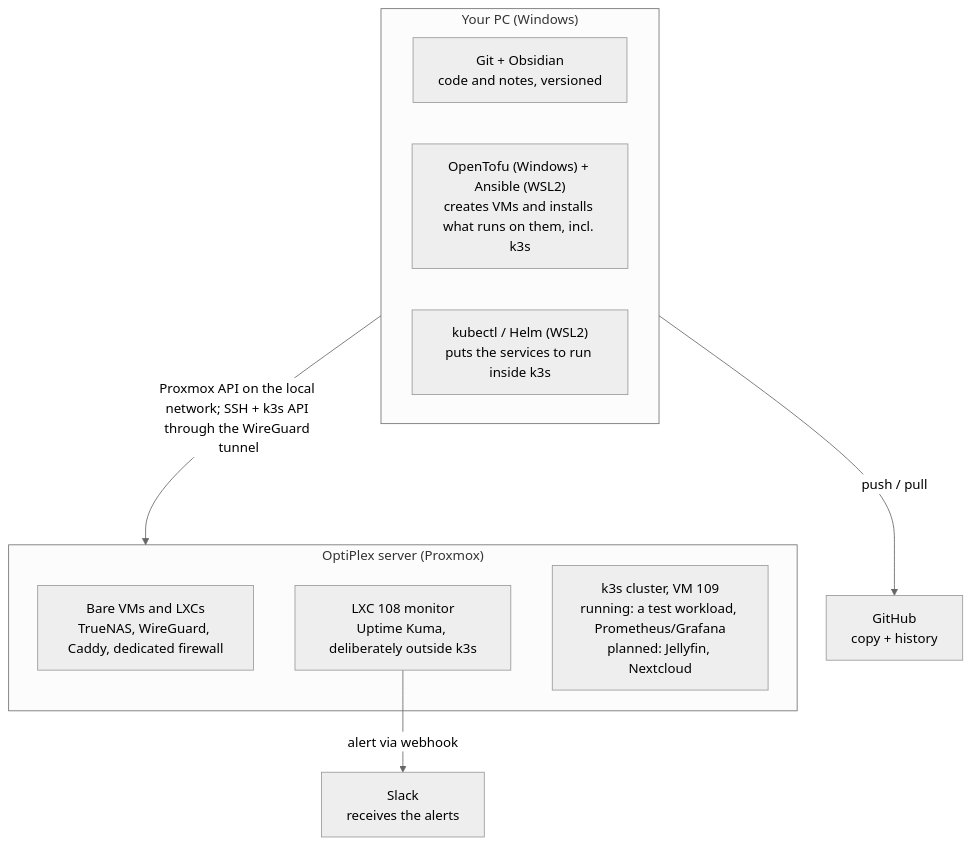
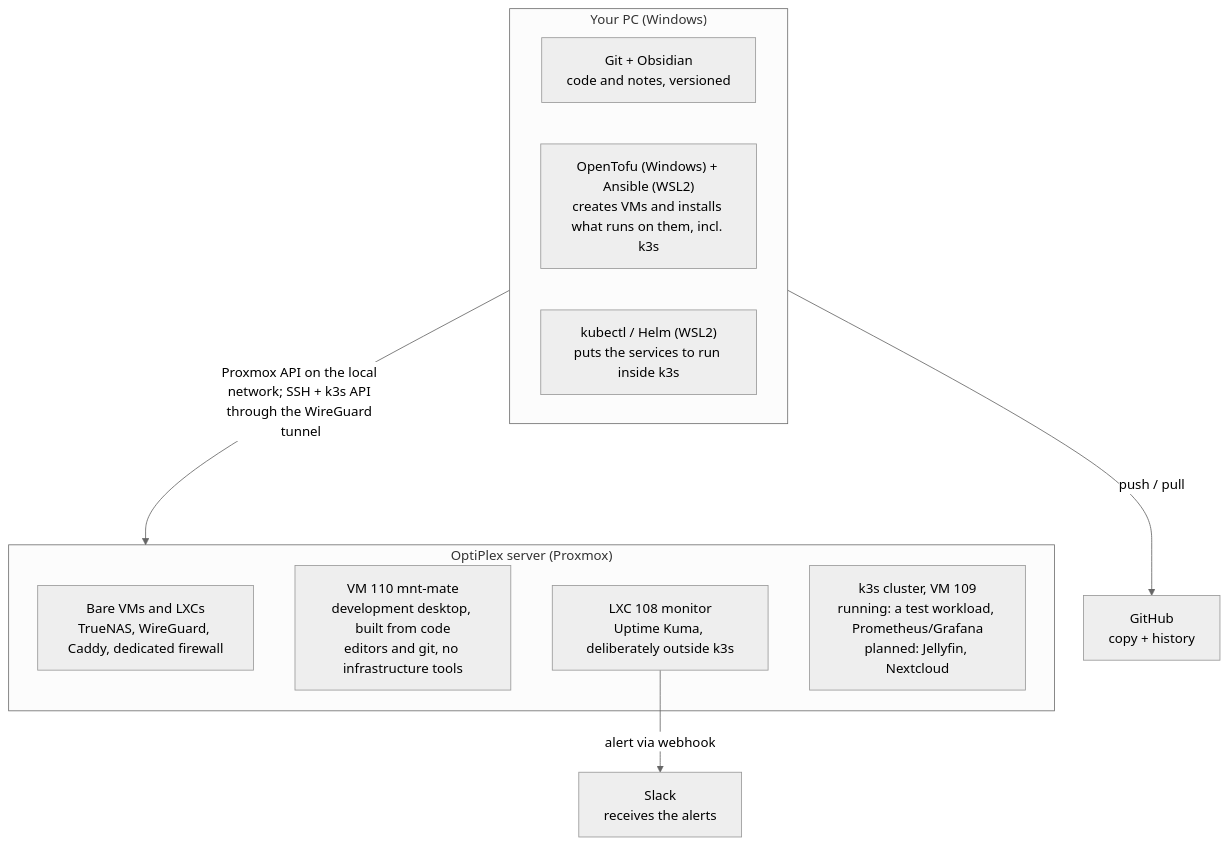
The diagram in docs/WORKFLOW.md (RuiGRMargarido/homelab), drawn with Mermaid (neutral theme) before and after one commit. The commit also changed other lines of this file and 11 other files, not shown here.

````diff
--- a/docs/WORKFLOW.md
+++ b/docs/WORKFLOW.md
@@ -10,22 +12,23 @@
 ```mermaid
 graph TB
     GH[GitHub<br/>copy + history]
 
     subgraph PC["Your PC (Windows)"]
         GO["Git + Obsidian<br/>code and notes, versioned"]
         TA["OpenTofu (Windows) + Ansible (WSL2)<br/>creates VMs and installs what runs on them, incl. k3s"]
         KH["kubectl / Helm (WSL2)<br/>puts the services to run inside k3s"]
     end
 
     subgraph OP["OptiPlex server (Proxmox)"]
         PVM["Bare VMs and LXCs<br/>TrueNAS, WireGuard, Caddy, dedicated firewall"]
+        DEV["VM 110 mnt-mate<br/>development desktop, built from code<br/>editors and git, no infrastructure tools"]
         UK["LXC 108 monitor<br/>Uptime Kuma, deliberately outside k3s"]
         K3S["k3s cluster, VM 109<br/>running: a test workload, Prometheus/Grafana<br/>planned: Jellyfin, Nextcloud"]
     end
 
     SL[Slack<br/>receives the alerts]
 
     PC -- "push / pull" --> GH
     PC -- "Proxmox API on the local network; SSH + k3s API through the WireGuard tunnel" --> OP
     UK -- "alert via webhook" --> SL
 ```
````
